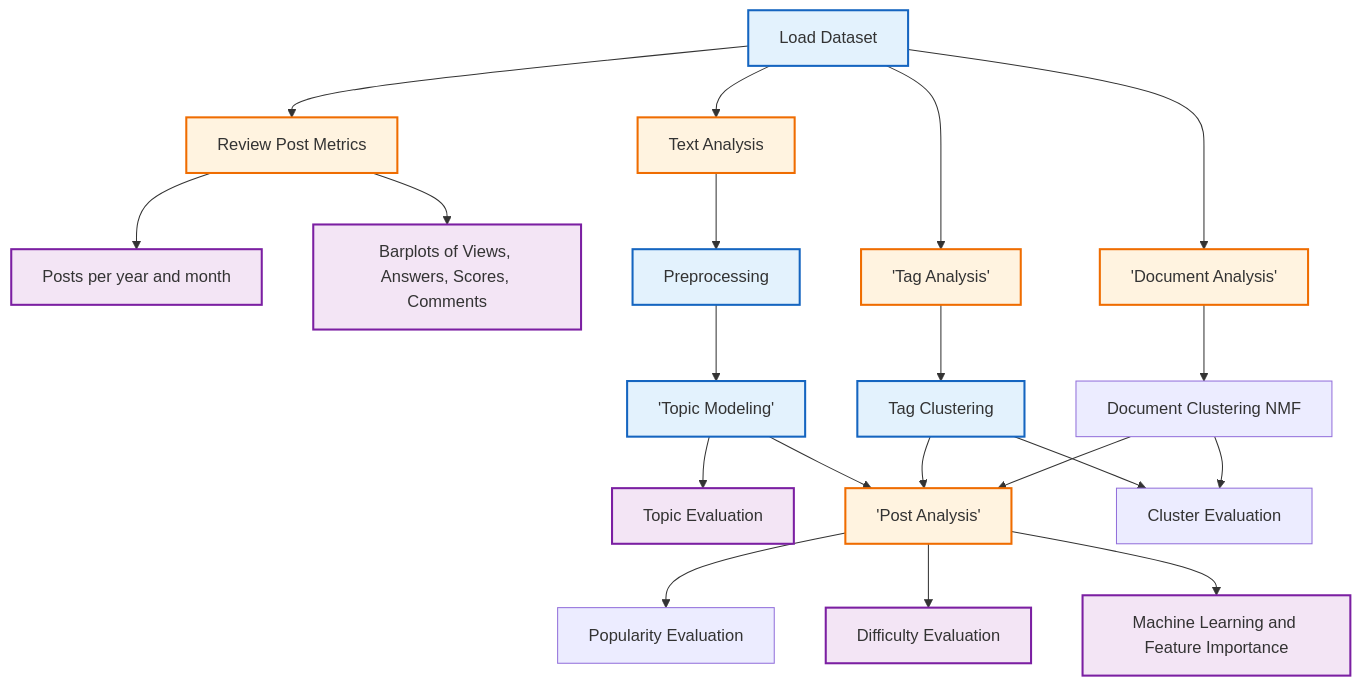
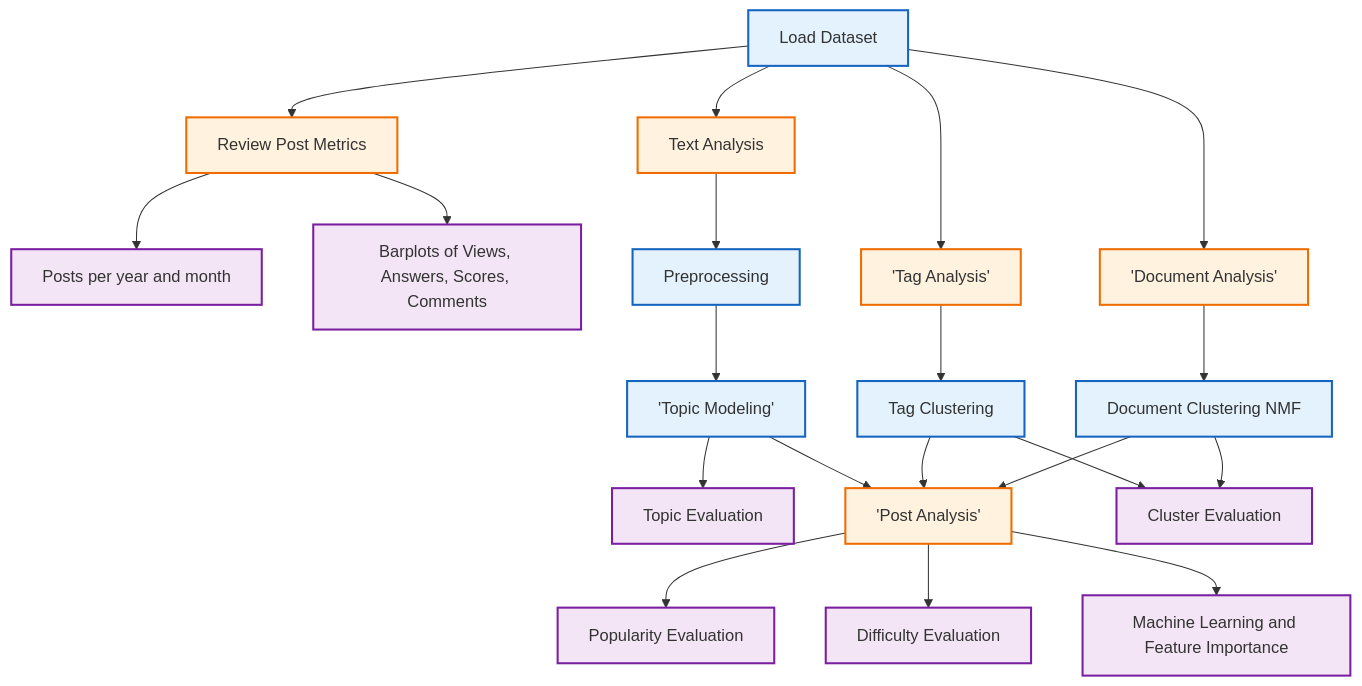
Before and after one commit to koncharman/Stack_exchange_questions_framework: the diagram in README.md, drawn with Mermaid.

````diff
--- a/README.md
+++ b/README.md
@@ -25,37 +25,37 @@
 ```mermaid
 flowchart TD
     LD["Load Dataset"]
     LD --> RPM["Review Post Metrics"]
     
     RPM --> RPM_P["Posts per year and month"]
     RPM --> RPM_B["Barplots of Views, Answers, Scores, Comments"]
     
     LD --> TXT["Text Analysis"]
     TXT --> TXT_P["Preprocessing"]
     TXT_P --> TXT_T['Topic Modeling']
     TXT_T --> TXT_E["Topic Evaluation"]
     TXT_T --> PO['Post Analysis']
     
     LD --> TAG['Tag Analysis']
     TAG --> TAG_C["Tag Clustering"]
     TAG_C --> CEV["Cluster Evaluation"]
     TAG_C --> PO
     
     LD --> DC['Document Analysis']
     DC --> DC_C["Document Clustering NMF"]
     DC_C --> CEV
     DC_C --> PO
     
     PO --> POP["Popularity Evaluation"]
     PO --> DIF["Difficulty Evaluation"]
     PO --> FET["Machine Learning and Feature Importance"]
     
     classDef in fill:#e3f2fd,stroke:#1565c0,stroke-width:2px;
     classDef out fill:#f3e5f5,stroke:#7b1fa2,stroke-width:2px;
     classDef sel fill:#fff3e0,stroke:#ef6c00,stroke-width:2px;
 
-    class LD,TXT_P,TXT_T,TAG_C,DC in;
-    class RPM_P,RPM_B,PO,DIF,FET,TXT_E,_TAG_E,DOC_E out;
+    class LD,TXT_P,TXT_T,TAG_C,DC_C in;
+    class RPM_P,RPM_B,PO,DIF,FET,TXT_E,CEV,POP out;
     class RPM,TXT,PO,TAG,DC sel;
 
 ```
````
